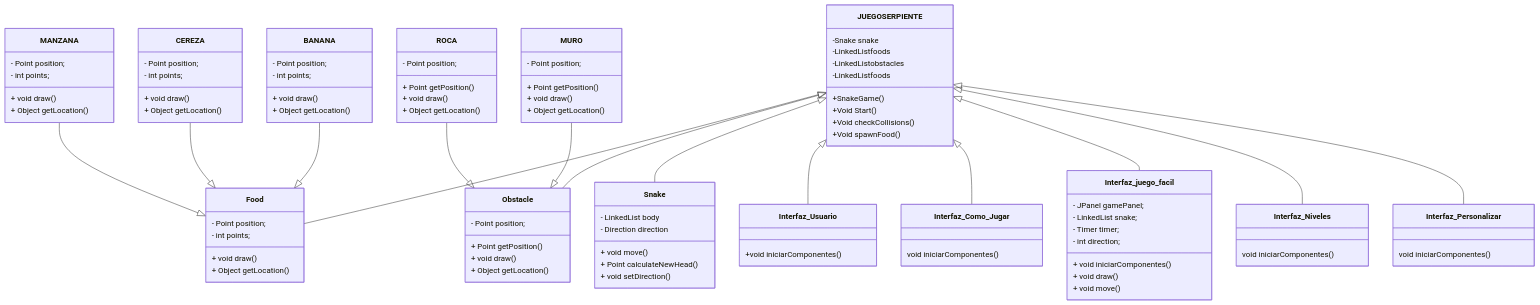
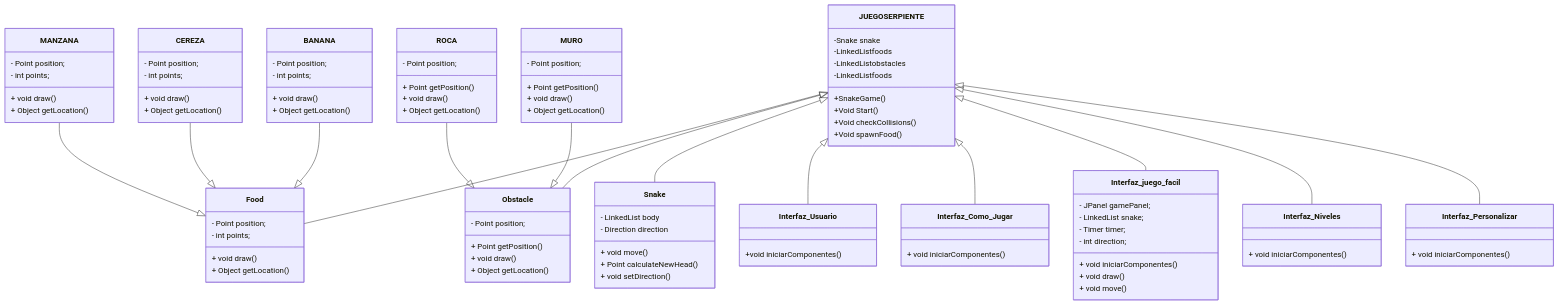
The diagram in README.md (amingom/Juego-SnakeChallenge), drawn with Mermaid before and after one commit. The commit also changed other lines of this file, not shown here.

````diff
--- a/README.md
+++ b/README.md
@@ -115,7 +115,7 @@
  
 
     class Interfaz_Como_Jugar{
-        void iniciarComponentes()
+        + void iniciarComponentes()
     }
 
 
@@ -132,11 +132,11 @@
     }
 
     class Interfaz_Niveles{
-        void iniciarComponentes()
+       + void iniciarComponentes()
     }
 
       class Interfaz_Personalizar{
-        void iniciarComponentes()
+       + void iniciarComponentes()
     }
 
 ```
````
